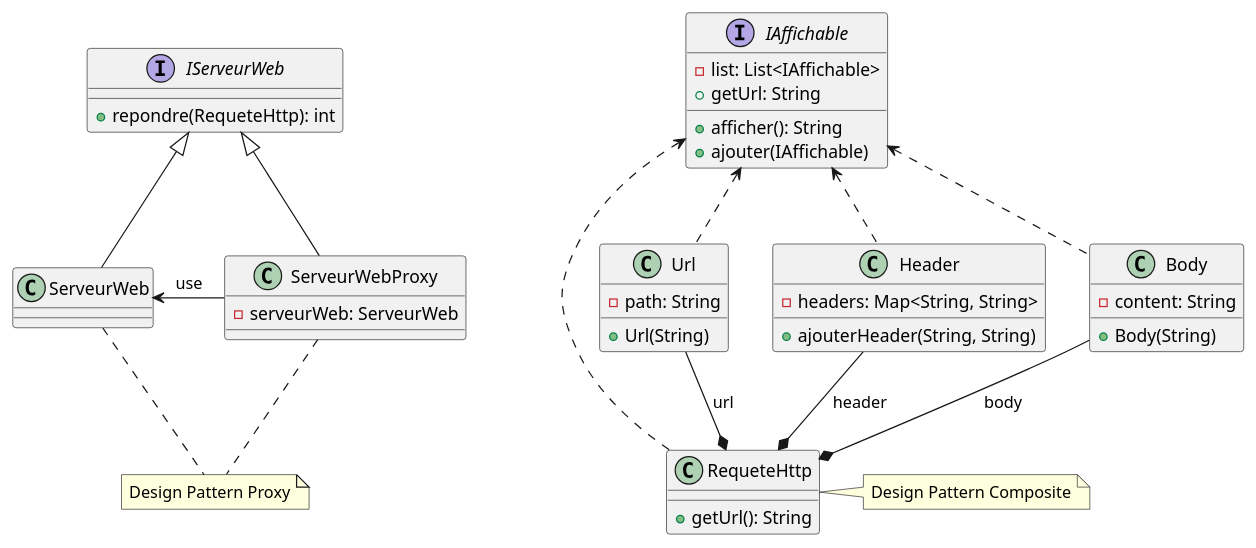
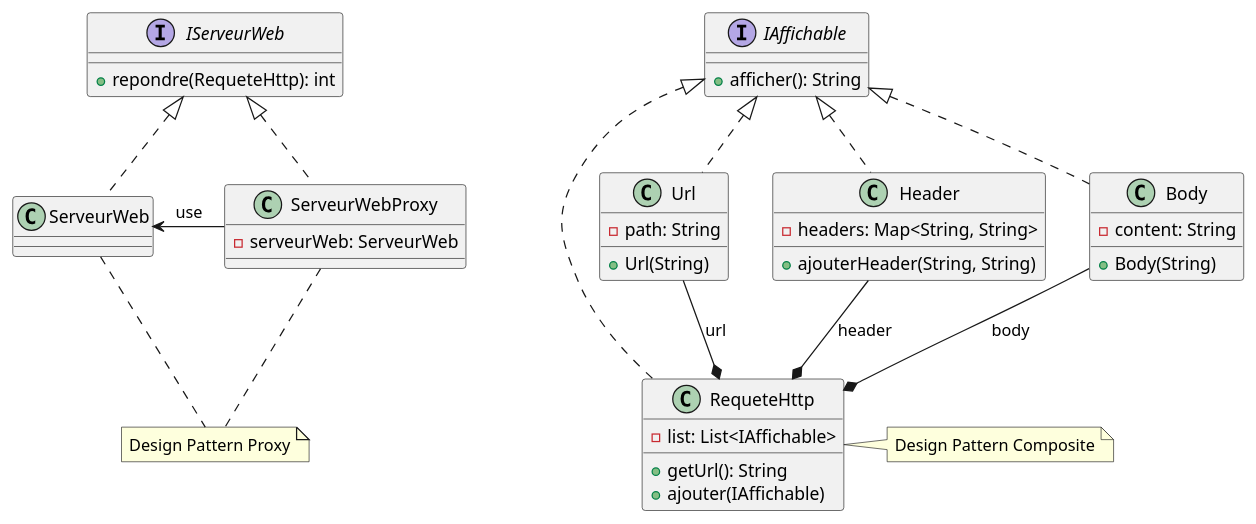
The diagram in src/uml/DM2UML.puml (jandry/correctiondm2), drawn with PlantUML before and after one commit.

```diff
--- a/src/uml/DM2UML.puml
+++ b/src/uml/DM2UML.puml
@@ -1,56 +1,55 @@
 @startuml ServeurWeb
 
 interface IServeurWeb {
      + repondre(RequeteHttp): int
 }
 
 class ServeurWeb 
 
 class ServeurWebProxy {
      - serveurWeb: ServeurWeb
 }
 
 class RequeteHttp {
+     - list: List<IAffichable>
      + getUrl(): String
+     + ajouter(IAffichable)
 }
 note right: Design Pattern Composite
 
 interface IAffichable {
-     - list: List<IAffichable>
      + afficher(): String
-     + ajouter(IAffichable)
-     + getUrl: String
 }
 
 class Url {
      - path: String
      + Url(String)
 }
 
 class Header {
      - headers: Map<String, String>
      + ajouterHeader(String, String)
 }
 
 class Body {
      - content: String
      + Body(String)
 }
 
-RequeteHttp .up.> IAffichable
-Url .up.> IAffichable
-Header .up.> IAffichable
-Body .up.> IAffichable
+RequeteHttp .up.|> IAffichable
+Url .up.|> IAffichable
+Header .up.|> IAffichable
+Body .up.|> IAffichable
 
 Url -down-* RequeteHttp: url
 Header -down-* RequeteHttp: header
 Body -down-* RequeteHttp: body
  
 ServeurWeb <-right- ServeurWebProxy : use
-ServeurWeb -up-|> IServeurWeb
-ServeurWebProxy -up-|> IServeurWeb
+ServeurWeb .up.|> IServeurWeb
+ServeurWebProxy .up.|> IServeurWeb
 note "Design Pattern Proxy" as NoteProxy
 ServeurWebProxy .down. NoteProxy
 ServeurWeb .down. NoteProxy
 
 @enduml
```
